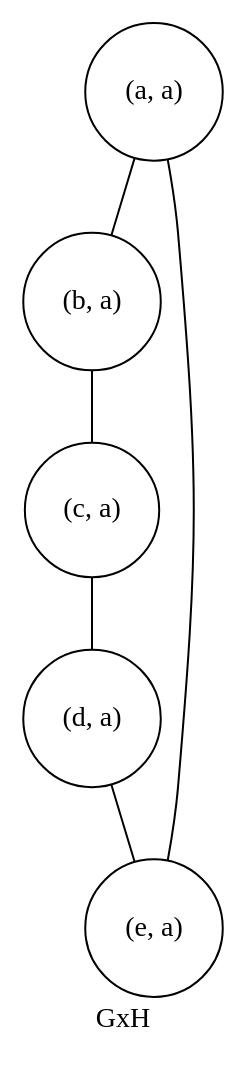
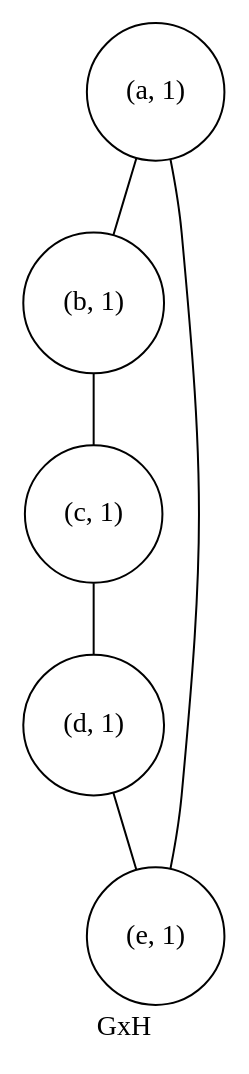
The diagram in tut1/115/115cGH2.dot (h4tguy/gt-hons), drawn with Graphviz before and after one commit. The commit also changed 15 other files, not shown here.

Commit message:
more consistent graph labelling

```diff
--- a/tut1/115/115cGH2.dot
+++ b/tut1/115/115cGH2.dot
@@ -1,12 +1,12 @@
 graph GH {
     overlap=false
     splines=true
     node [shape=circle]
     label="GxH"
 
-    "(a, a)" -- "(b, a)"
-    "(b, a)" -- "(c, a)"
-    "(c, a)" -- "(d, a)"
-    "(d, a)" -- "(e, a)"
-    "(e, a)" -- "(a, a)"
+    "(a, 1)" -- "(b, 1)"
+    "(b, 1)" -- "(c, 1)"
+    "(c, 1)" -- "(d, 1)"
+    "(d, 1)" -- "(e, 1)"
+    "(e, 1)" -- "(a, 1)"
 }
```
